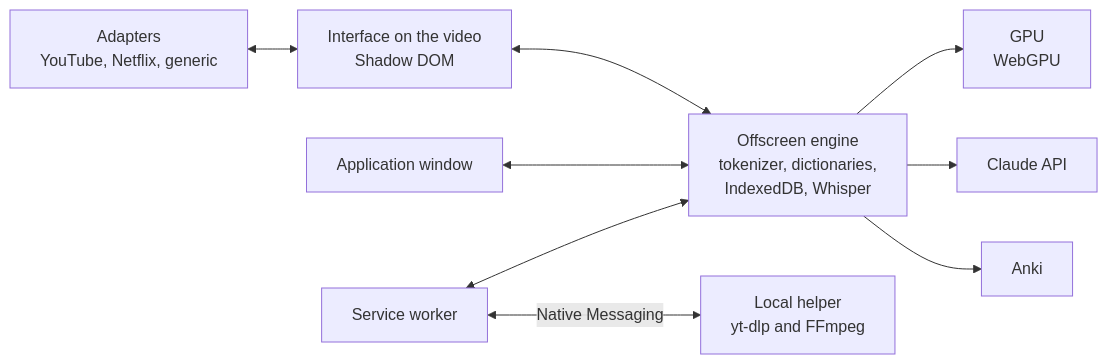
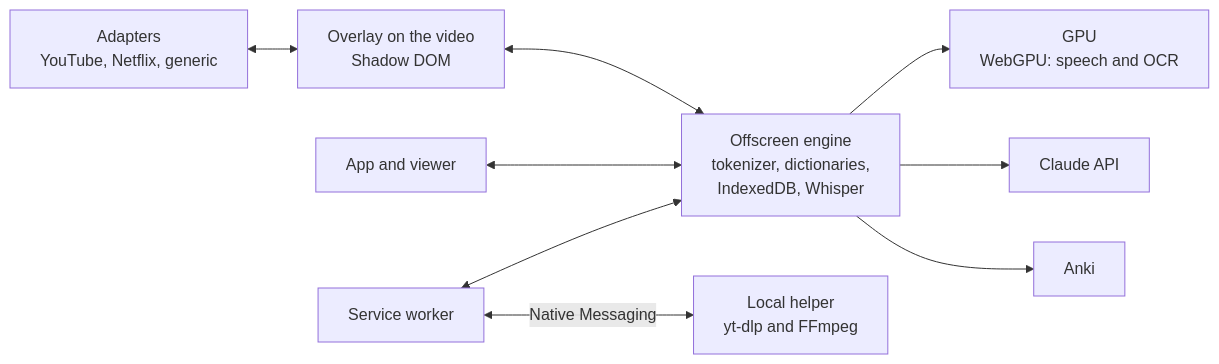
One commit to Eliam4510/kotonoha changed the second of 2 diagrams in README.en.md. Above: the diagram before and after it, drawn with Mermaid. The commit also changed other lines of this file and 90 other files, not shown here.

````diff
--- a/README.en.md
+++ b/README.en.md
@@ -227,11 +160,11 @@
 ```mermaid
 flowchart LR
-  P["Adapters<br/>YouTube, Netflix, generic"] <--> C["Interface on the video<br/>Shadow DOM"]
+  P["Adapters<br/>YouTube, Netflix, generic"] <--> C["Overlay on the video<br/>Shadow DOM"]
   C <--> M["Offscreen engine<br/>tokenizer, dictionaries,<br/>IndexedDB, Whisper"]
-  A["Application window"] <--> M
-  M --> G["GPU<br/>WebGPU"]
+  A["App and viewer"] <--> M
+  M --> G["GPU<br/>WebGPU: speech and OCR"]
   M --> CL["Claude API"]
   M --> AN["Anki"]
   S["Service worker"] <--> M
   S <-->|Native Messaging| H["Local helper<br/>yt-dlp and FFmpeg"]
 ```
````
